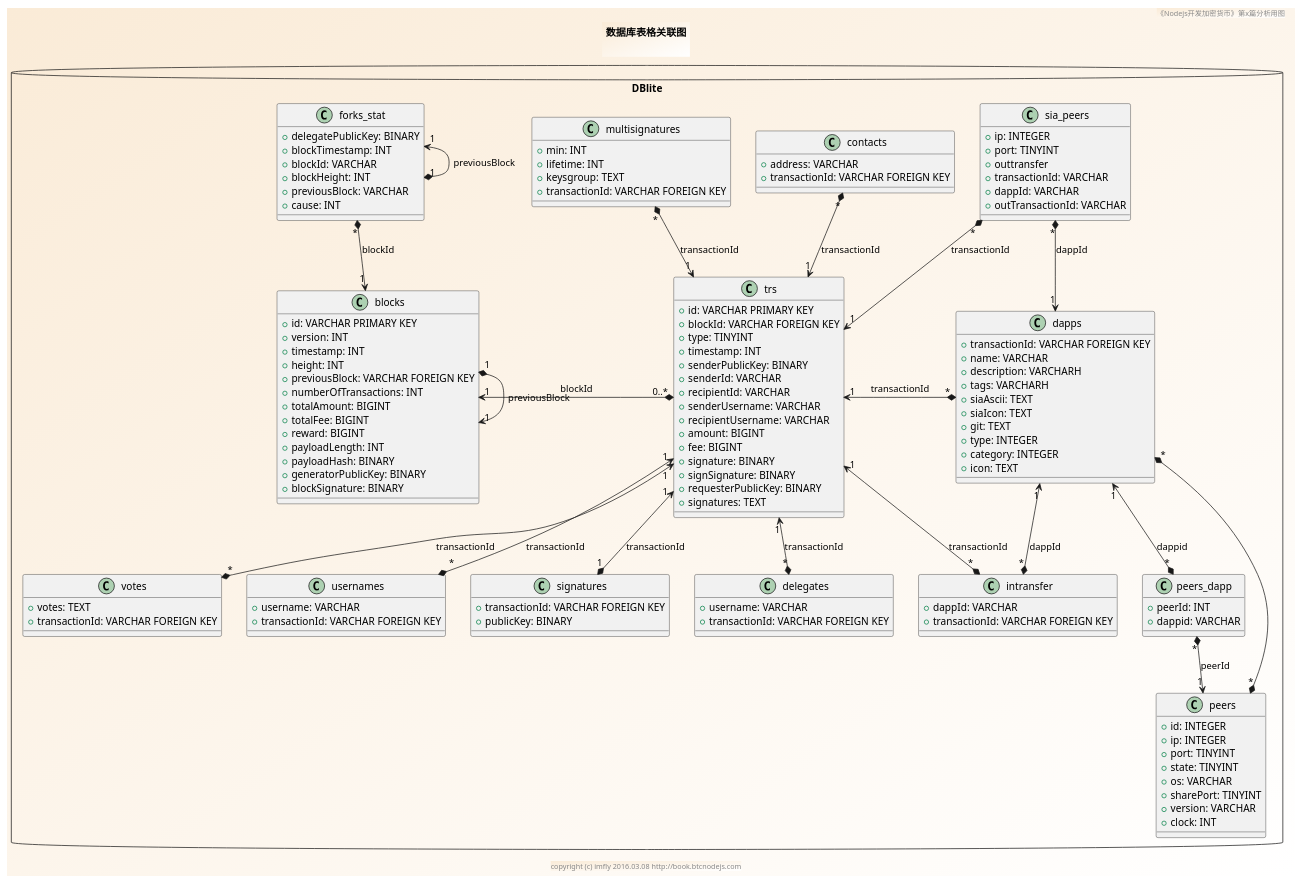
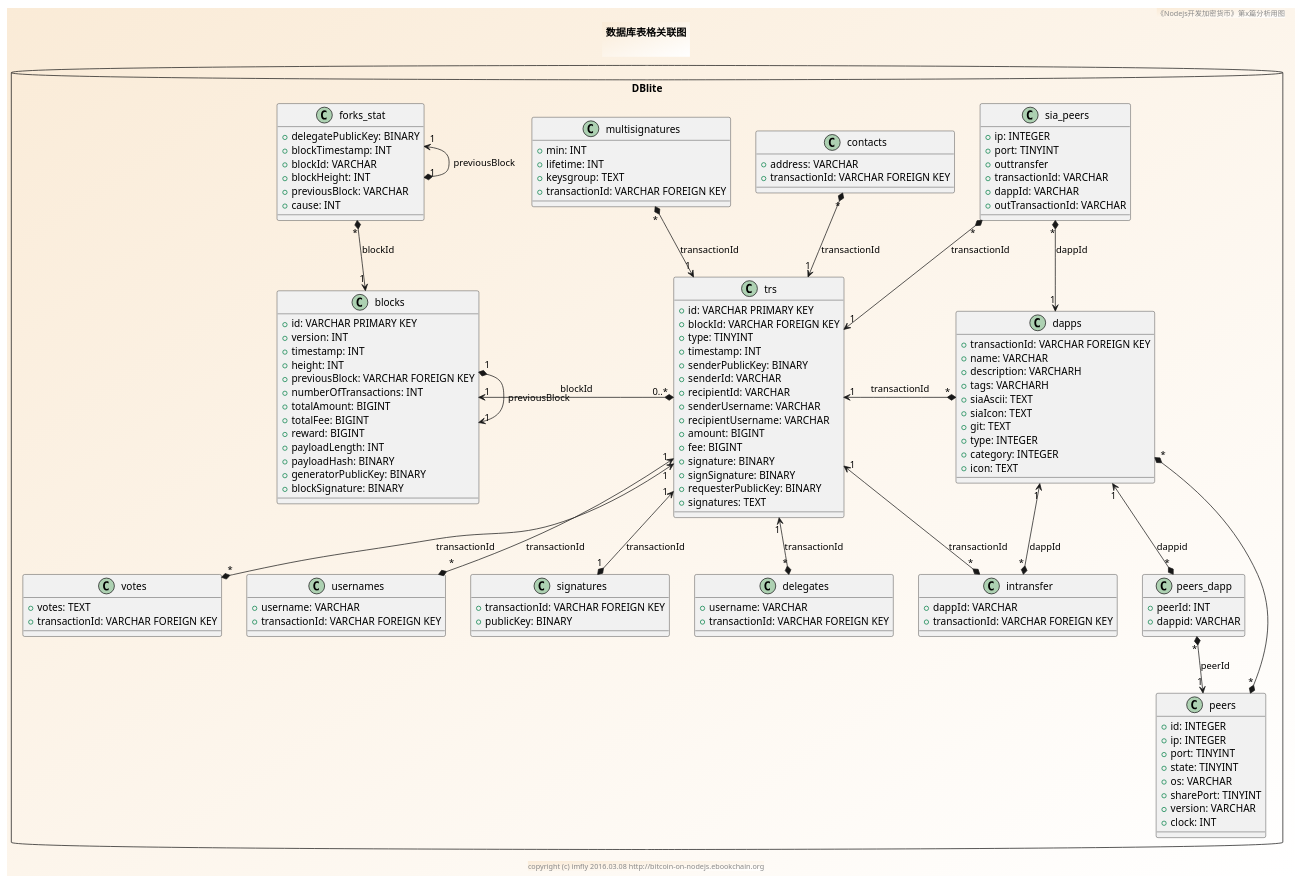
Before and after one commit to imfly/bitcoin-on-nodejs: the diagram in sources/helpers/dblite/database.pu, drawn with PlantUML. The commit also changed 30 other files, not shown here.

```diff
--- a/sources/helpers/dblite/database.pu
+++ b/sources/helpers/dblite/database.pu
@@ -1,152 +1,152 @@
 @startuml ../../../styles/images/helpers/dblite/class.png
 skinparam BorderColor #blue\9932CC
 skinparam backgroundcolor AntiqueWhite/white
 
 title
 数据库表格关联图
 
 end title
-footer copyright (c) imfly 2016.03.08 http://book.btcnodejs.com
+footer copyright (c) imfly 2016.03.08 http://bitcoin-on-nodejs.ebookchain.org
 header 《Nodejs开发加密货币》第x篇分析用图
 
 ' modules/Peer.js
 package DBlite <<Database>> {
   Class blocks {
     + id: VARCHAR PRIMARY KEY
     + version: INT
     + timestamp: INT
     + height: INT
     + previousBlock: VARCHAR FOREIGN KEY
     + numberOfTransactions: INT
     + totalAmount: BIGINT
     + totalFee: BIGINT
     + reward: BIGINT
     + payloadLength: INT
     + payloadHash: BINARY
     + generatorPublicKey: BINARY
     + blockSignature: BINARY
   }
 
   Class trs {
     +id: VARCHAR PRIMARY KEY
     +blockId: VARCHAR FOREIGN KEY
     +type: TINYINT
     +timestamp: INT
     +senderPublicKey: BINARY
     +senderId: VARCHAR
     +recipientId: VARCHAR
     +senderUsername: VARCHAR
     +recipientUsername: VARCHAR
     +amount: BIGINT
     +fee: BIGINT
     +signature: BINARY
     +signSignature: BINARY
     +requesterPublicKey: BINARY
     +signatures: TEXT
   }
 
   Class signatures {
     +transactionId: VARCHAR FOREIGN KEY
     +publicKey: BINARY
   }
 
   Class delegates {
     +username: VARCHAR
     +transactionId: VARCHAR FOREIGN KEY
   }
 
   Class votes {
     +votes: TEXT
     +transactionId: VARCHAR FOREIGN KEY
   }
 
   Class usernames {
     +username: VARCHAR
     +transactionId: VARCHAR FOREIGN KEY
   }
 
   Class contacts{
     +address: VARCHAR
     +transactionId: VARCHAR FOREIGN KEY
   }
 
   Class forks_stat {
     +delegatePublicKey: BINARY
     +blockTimestamp: INT
     +blockId: VARCHAR
     +blockHeight: INT
     +previousBlock: VARCHAR
     +cause: INT
   }
 
   Class multisignatures{
     +min: INT
     +lifetime: INT
     +keysgroup: TEXT
     +transactionId: VARCHAR FOREIGN KEY
   }
 
   Class dapps{
     +transactionId: VARCHAR FOREIGN KEY
     +name: VARCHAR
     +description: VARCHARH
     +tags: VARCHARH
     +siaAscii: TEXT
     +siaIcon: TEXT
     +git: TEXT
     +type: INTEGER
     +category: INTEGER
     +icon: TEXT
   }
 
   Class intransfer{
     +dappId: VARCHAR
     +transactionId: VARCHAR FOREIGN KEY
   }
 
   Class sia_peers{
     +ip: INTEGER
     +port: TINYINT
     +outtransfer
     +transactionId: VARCHAR
     +dappId: VARCHAR
     +outTransactionId: VARCHAR
   }
 
   Class peers{
     +id: INTEGER
     +ip: INTEGER
     +port: TINYINT
     +state: TINYINT
     +os: VARCHAR
     +sharePort: TINYINT
     +version: VARCHAR
     +clock: INT
   }
 
   Class peers_dapp{
     +peerId: INT
     +dappid: VARCHAR
   }
 
   ' relationship
     blocks "1" *-> "1" blocks: previousBlock
     trs "0..*" *-left-> "1" blocks: blockId
     forks_stat "*" *-down-> "1" blocks: blockId
     forks_stat "1" *-up-> "1" forks_stat: previousBlock
     signatures "1" *-up-> "1" trs: transactionId
     delegates "*" *-up-> "1" trs: transactionId
     votes "*" *-up-> "1" trs: transactionId
     usernames "*" *-up-> "1" trs: transactionId
     contacts "*" *-down-> "1" trs: transactionId
     multisignatures "*" *-down-> "1" trs: transactionId
     dapps "*" *-left-> "1" trs: transactionId
     intransfer "*" *-down-> "1" trs: transactionId
     sia_peers  "*" *-down-> "1" trs: transactionId
     intransfer "*" *-up-> "1" dapps: dappId
     sia_peers  "*" *-down-> "1" dapps: dappId
     peers "1" <-up-* "*" peers_dapp: peerId
     dapps "1" <-down-* "*" peers_dapp: dappid
     peers "*" *-left-* "*" dapps
 }
 @enduml
```
